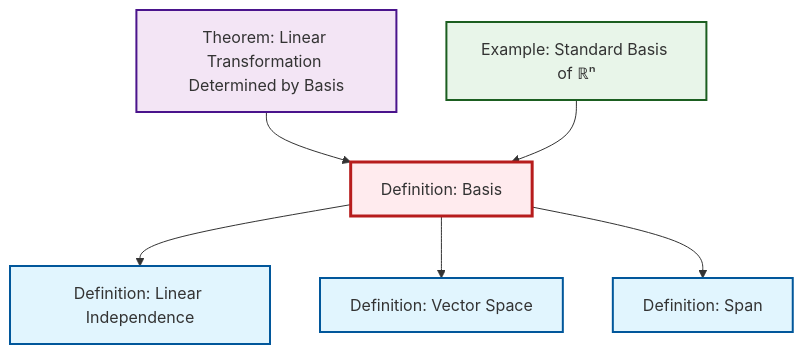
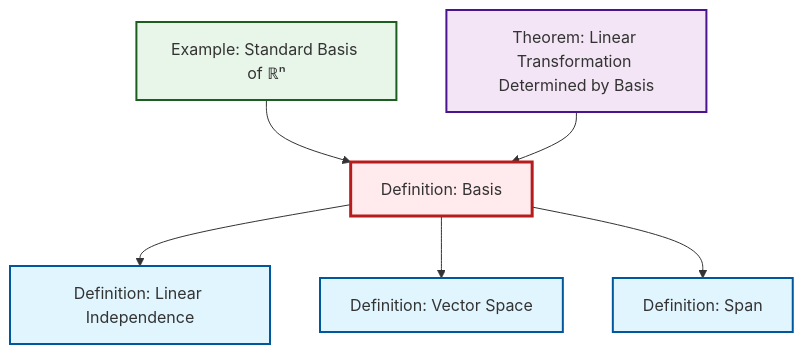
One commit to RK0429/ModernMath changed the diagram in content/en/algebra/def-basis.qmd. Above: the diagram before and after it, drawn with Mermaid. The commit also changed other lines of this file and 1012 other files, not shown here.

````diff
--- a/content/en/algebra/def-basis.qmd
+++ b/content/en/algebra/def-basis.qmd
@@ -48,26 +48,26 @@
 ```{mermaid}
 %%| fig-cap: "Local dependency graph"
 graph TD
     classDef definition fill:#e1f5fe,stroke:#01579b,stroke-width:2px
     classDef theorem fill:#f3e5f5,stroke:#4a148c,stroke-width:2px
     classDef axiom fill:#fff3e0,stroke:#e65100,stroke-width:2px
     classDef example fill:#e8f5e9,stroke:#1b5e20,stroke-width:2px
     classDef current fill:#ffebee,stroke:#b71c1c,stroke-width:3px
     thm-linear-transformation-basis["Theorem: Linear Transformation Determined by Basis"]:::theorem
     def-vector-space["Definition: Vector Space"]:::definition
+    def-linear-independence["Definition: Linear Independence"]:::definition
+    def-span["Definition: Span"]:::definition
     def-basis["Definition: Basis"]:::definition
-    def-span["Definition: Span"]:::definition
     ex-standard-basis-rn["Example: Standard Basis of ℝⁿ"]:::example
-    def-linear-independence["Definition: Linear Independence"]:::definition
     def-basis --> def-linear-independence
+    ex-standard-basis-rn --> def-basis
     def-basis --> def-vector-space
     thm-linear-transformation-basis --> def-basis
     def-basis --> def-span
-    ex-standard-basis-rn --> def-basis
     class def-basis current
     click thm-linear-transformation-basis "thm-linear-transformation-basis.html" "Go to Linear Transformation Determined by Basis theorem"
     click def-vector-space "def-vector-space.html" "Go to Vector Space definition"
+    click def-linear-independence "def-linear-independence.html" "Go to Linear Independence definition"
     click def-span "def-span.html" "Go to Span definition"
     click ex-standard-basis-rn "ex-standard-basis-rn.html" "Go to Standard Basis of ℝⁿ example"
-    click def-linear-independence "def-linear-independence.html" "Go to Linear Independence definition"
 ```
````
